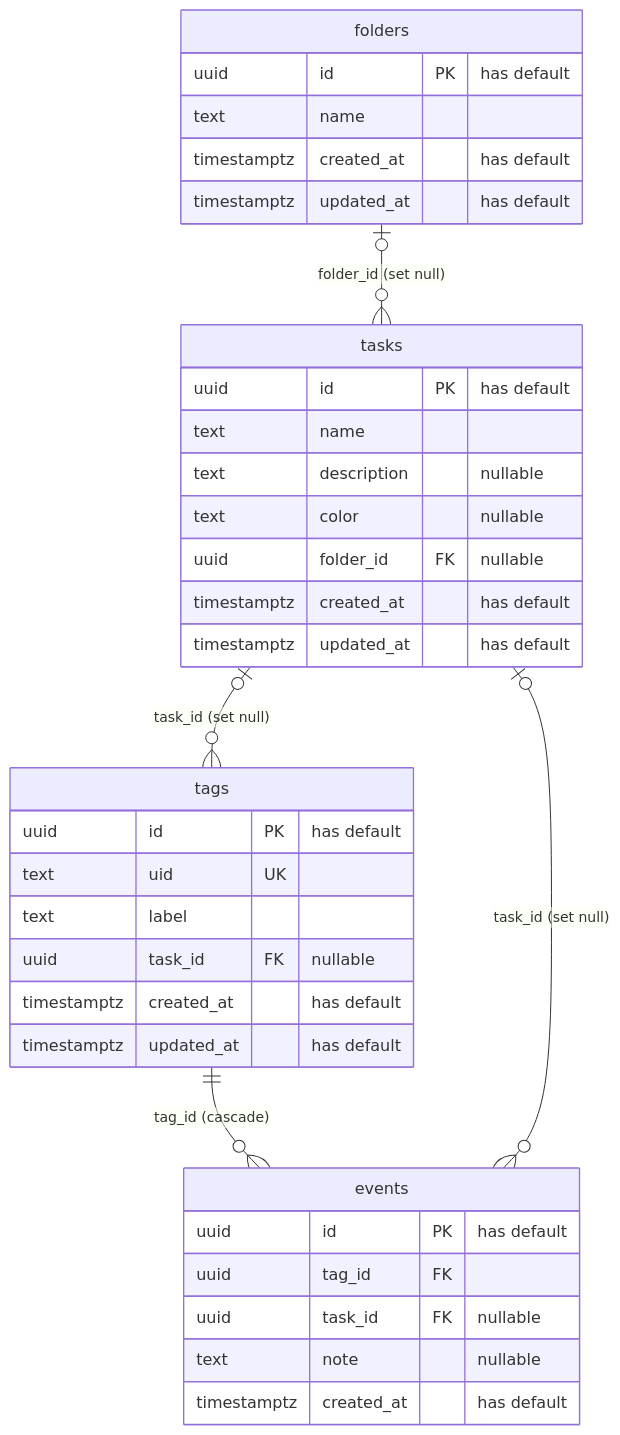
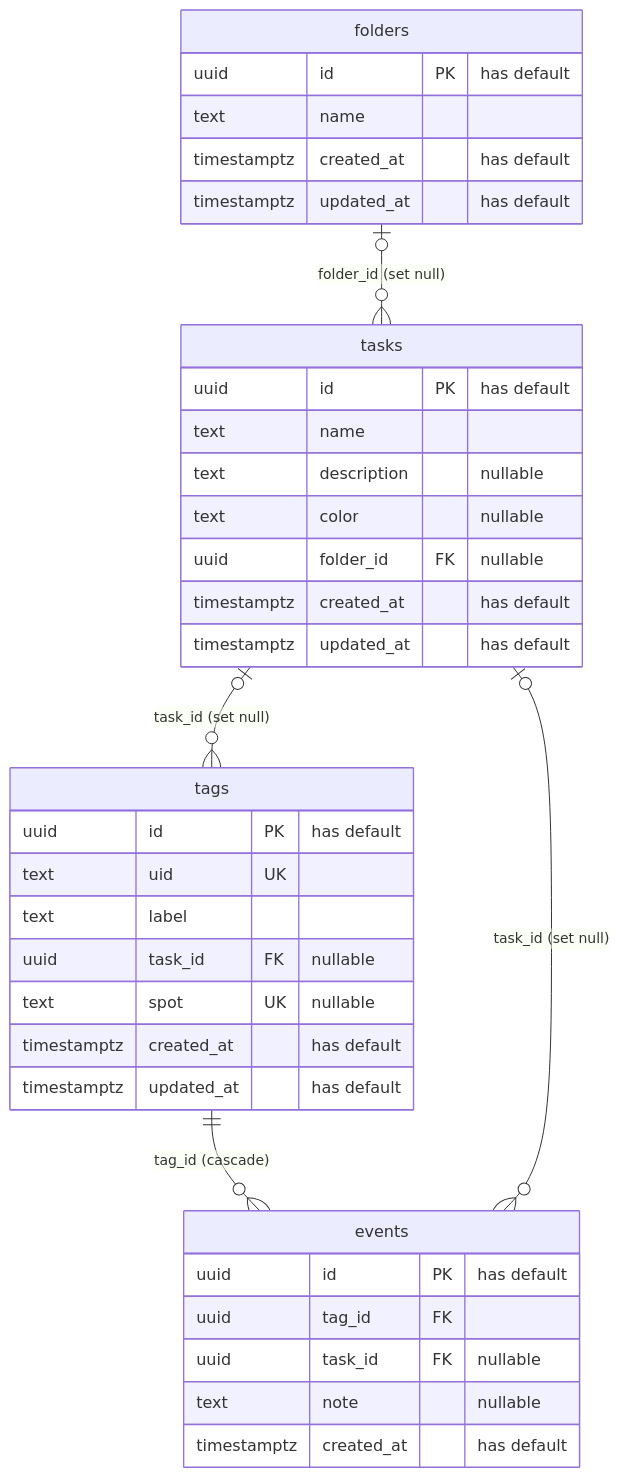
One commit to te-jo/nudge changed the diagram in docs/generated/schema.md. Above: the diagram before and after it, drawn with Mermaid. The commit also changed other lines of this file and 7 other files, not shown here.

````diff
--- a/docs/generated/schema.md
+++ b/docs/generated/schema.md
@@ -8,37 +8,38 @@
 ```mermaid
 erDiagram
     tags ||--o{ events : "tag_id (cascade)"
     tasks |o--o{ events : "task_id (set null)"
     tasks |o--o{ tags : "task_id (set null)"
     folders |o--o{ tasks : "folder_id (set null)"
     events {
         uuid id PK "has default"
         uuid tag_id FK
         uuid task_id FK "nullable"
         text note "nullable"
         timestamptz created_at "has default"
     }
     folders {
         uuid id PK "has default"
         text name
         timestamptz created_at "has default"
         timestamptz updated_at "has default"
     }
     tags {
         uuid id PK "has default"
         text uid UK
         text label
         uuid task_id FK "nullable"
+        text spot UK "nullable"
         timestamptz created_at "has default"
         timestamptz updated_at "has default"
     }
     tasks {
         uuid id PK "has default"
         text name
         text description "nullable"
         text color "nullable"
         uuid folder_id FK "nullable"
         timestamptz created_at "has default"
         timestamptz updated_at "has default"
     }
 ```
````
